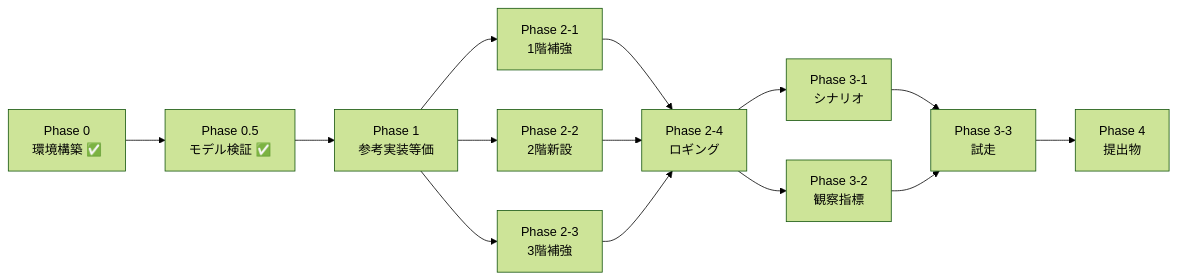
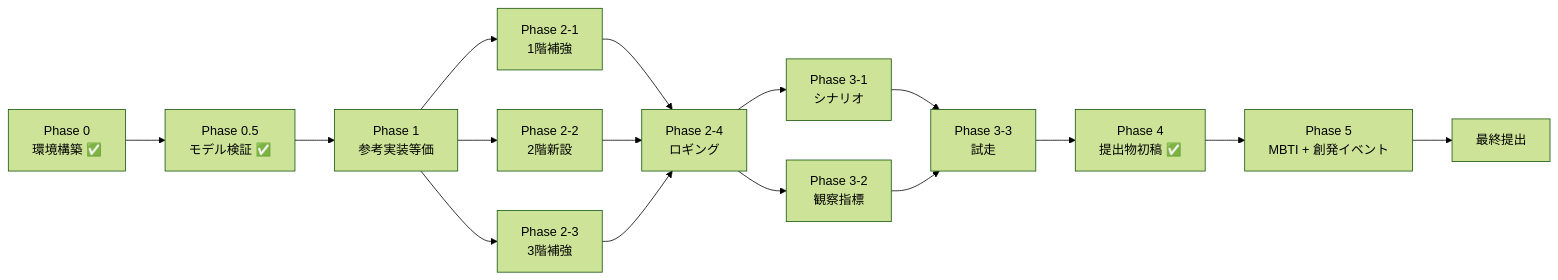
Before and after one commit to Kai-85-git/singulab: the diagram in docs/03_ToDo/02_実装ロードマップ.md, drawn with Mermaid (forest theme). The commit also changed other lines of this file and 11 other files, not shown here.

````diff
--- a/docs/03_ToDo/02_実装ロードマップ.md
+++ b/docs/03_ToDo/02_実装ロードマップ.md
@@ -217,16 +273,18 @@
 ```mermaid
 graph LR
     P0[Phase 0<br/>環境構築 ✅] --> P05[Phase 0.5<br/>モデル検証 ✅]
     P05 --> P1[Phase 1<br/>参考実装等価]
     P1 --> P2_World[Phase 2-1<br/>1階補強]
     P1 --> P2_Env[Phase 2-2<br/>2階新設]
     P1 --> P2_Phys[Phase 2-3<br/>3階補強]
     P2_World --> P2_Log[Phase 2-4<br/>ロギング]
     P2_Env --> P2_Log
     P2_Phys --> P2_Log
     P2_Log --> P3_Sce[Phase 3-1<br/>シナリオ]
     P2_Log --> P3_Met[Phase 3-2<br/>観察指標]
     P3_Sce --> P3_Run[Phase 3-3<br/>試走]
     P3_Met --> P3_Run
-    P3_Run --> P4[Phase 4<br/>提出物]
+    P3_Run --> P4[Phase 4<br/>提出物初稿 ✅]
+    P4 --> P5[Phase 5<br/>MBTI + 創発イベント]
+    P5 --> P5_15[最終提出]
 ```
````
